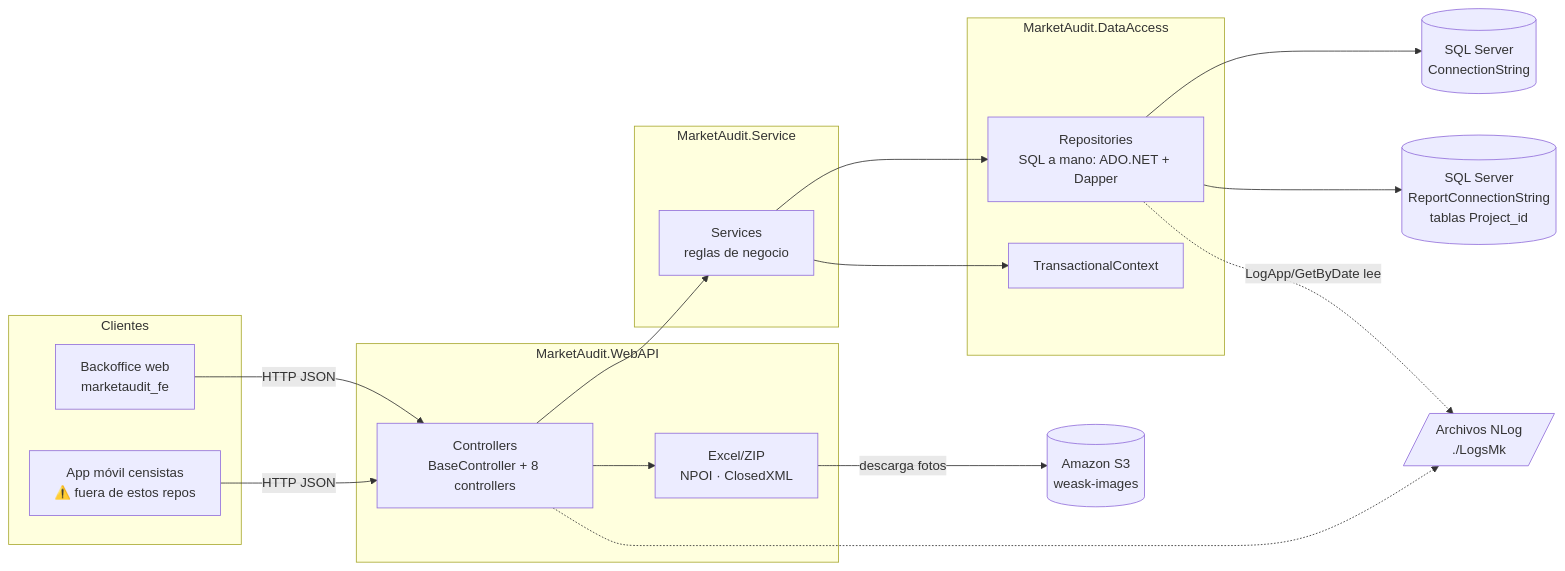
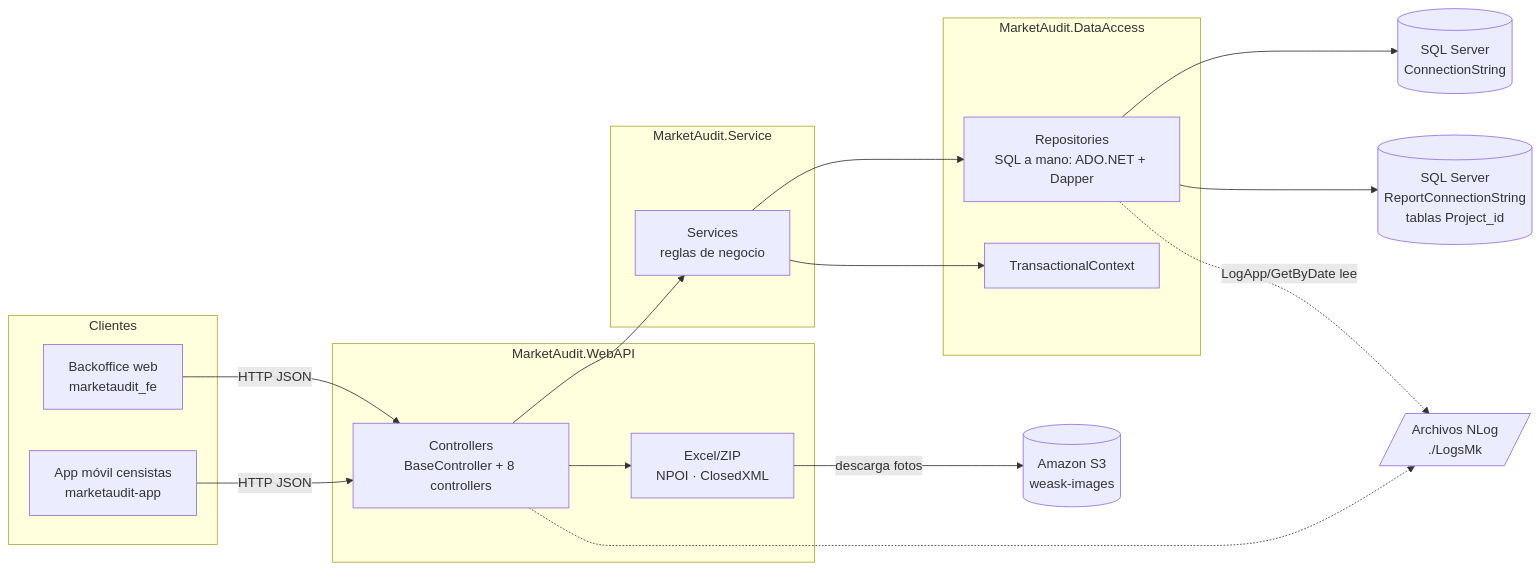
The first of 4 diagrams in README.md (JorgeCasagrande/marketaudit), drawn with Mermaid before and after one commit. The commit also changed other lines of this file, not shown here.

First line of the commit message:
docs: reference marketaudit-app as the mobile app repository

````diff
--- a/README.md
+++ b/README.md
@@ -95,38 +95,38 @@
 ```mermaid
 flowchart LR
     subgraph Clientes
         FE[Backoffice web<br/>marketaudit_fe]
-        APP[App móvil censistas<br/>⚠️ fuera de estos repos]
+        APP[App móvil censistas<br/>marketaudit-app]
     end
 
     subgraph WebAPI[MarketAudit.WebAPI]
         C[Controllers<br/>BaseController + 8 controllers]
         EXP[Excel/ZIP<br/>NPOI · ClosedXML]
     end
 
     subgraph Service[MarketAudit.Service]
         S[Services<br/>reglas de negocio]
     end
 
     subgraph DataAccess[MarketAudit.DataAccess]
         R[Repositories<br/>SQL a mano: ADO.NET + Dapper]
         TX[TransactionalContext]
     end
 
     DB[(SQL Server<br/>ConnectionString)]
     RDB[(SQL Server<br/>ReportConnectionString<br/>tablas Project_id)]
     S3[(Amazon S3<br/>weask-images)]
     LOGS[/Archivos NLog<br/>./LogsMk/]
 
     FE -->|HTTP JSON| C
     APP -->|HTTP JSON| C
     C --> S
     C --> EXP
     S --> R
     S --> TX
     R --> DB
     R --> RDB
     EXP -->|descarga fotos| S3
     C -.-> LOGS
     R -.->|LogApp/GetByDate lee| LOGS
 ```
````
